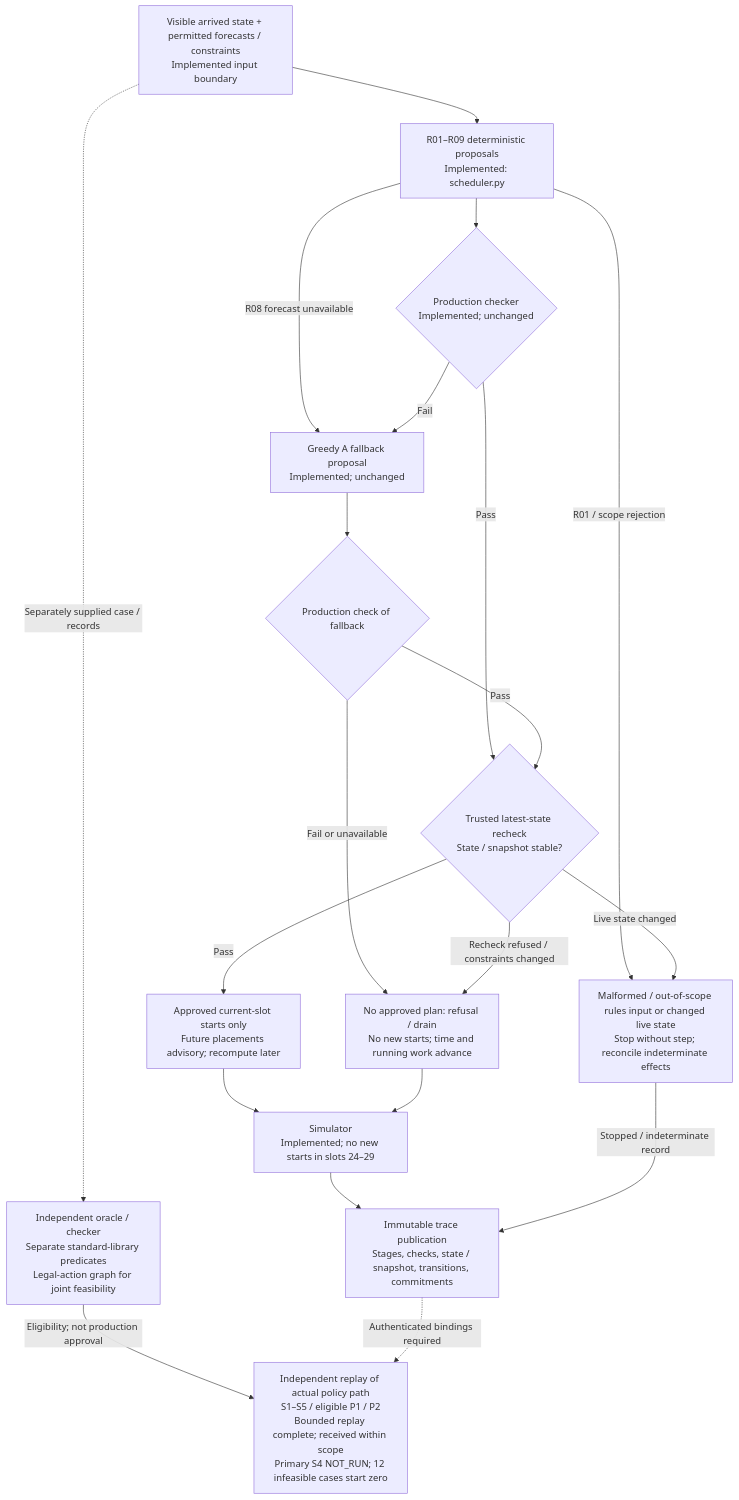
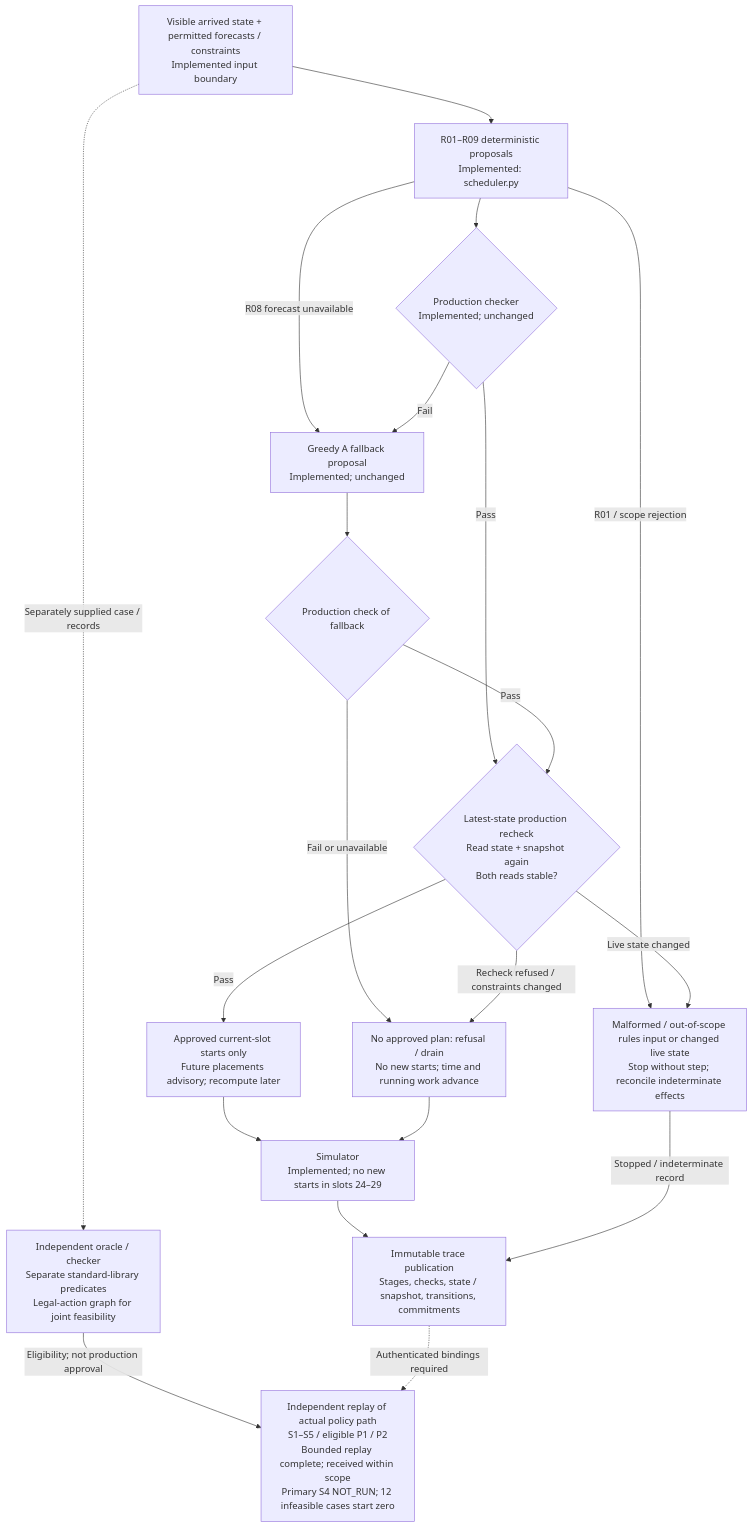
One commit to ReymoT/data-center-agentic changed the second of 2 diagrams in docs/report/RULE05_WORKFLOW_DIAGRAMS.md. Above: the diagram before and after it, drawn with Mermaid. The commit also changed other lines of this file and 3 other files, not shown here.

````diff
--- a/docs/report/RULE05_WORKFLOW_DIAGRAMS.md
+++ b/docs/report/RULE05_WORKFLOW_DIAGRAMS.md
@@ -40,31 +43,31 @@
 ```mermaid
 flowchart TB
-    I["Visible arrived state + permitted forecasts / constraints\nImplemented input boundary"]
-    R["R01–R09 deterministic proposals\nImplemented: scheduler.py"]
-    C{"Production checker\nImplemented; unchanged"}
-    G["Greedy A fallback proposal\nImplemented; unchanged"]
+    I["Visible arrived state + permitted forecasts / constraints<br/>Implemented input boundary"]
+    R["R01–R09 deterministic proposals<br/>Implemented: scheduler.py"]
+    C{"Production checker<br/>Implemented; unchanged"}
+    G["Greedy A fallback proposal<br/>Implemented; unchanged"]
     GC{"Production check of fallback"}
-    L{"Trusted latest-state recheck\nState / snapshot stable?"}
-    A["Approved current-slot starts only\nFuture placements advisory; recompute later"]
-    N["No approved plan: refusal / drain\nNo new starts; time and running work advance"]
-    X["Malformed / out-of-scope rules input or changed live state\nStop without step; reconcile indeterminate effects"]
-    M["Simulator\nImplemented; no new starts in slots 24–29"]
-    T["Immutable trace publication\nStages, checks, state / snapshot, transitions, commitments"]
-    O["Independent oracle / checker\nSeparate standard-library predicates\nLegal-action graph for joint feasibility"]
-    P["Independent replay of actual policy path\nS1–S5 / eligible P1 / P2\nBounded replay complete; received within scope\nPrimary S4 NOT_RUN; 12 infeasible cases start zero"]
+    L{"Latest-state production recheck<br/>Read state + snapshot again<br/>Both reads stable?"}
+    A["Approved current-slot starts only<br/>Future placements advisory; recompute later"]
+    N["No approved plan: refusal / drain<br/>No new starts; time and running work advance"]
+    X["Malformed / out-of-scope rules input or changed live state<br/>Stop without step; reconcile indeterminate effects"]
+    M["Simulator<br/>Implemented; no new starts in slots 24–29"]
+    T["Immutable trace publication<br/>Stages, checks, state / snapshot, transitions, commitments"]
+    O["Independent oracle / checker<br/>Separate standard-library predicates<br/>Legal-action graph for joint feasibility"]
+    P["Independent replay of actual policy path<br/>S1–S5 / eligible P1 / P2<br/>Bounded replay complete; received within scope<br/>Primary S4 NOT_RUN; 12 infeasible cases start zero"]
     I --> R --> C
     R -->|"R08 forecast unavailable"| G
     R -->|"R01 / scope rejection"| X
     C -->|"Fail"| G --> GC
     C -->|"Pass"| L
     GC -->|"Pass"| L
     GC -->|"Fail or unavailable"| N
     L -->|"Pass"| A --> M
     L -->|"Recheck refused / constraints changed"| N --> M
     L -->|"Live state changed"| X
     M --> T
     X -->|"Stopped / indeterminate record"| T
     I -.->|"Separately supplied case / records"| O
     O -->|"Eligibility; not production approval"| P
     T -.->|"Authenticated bindings required"| P
 ```
````
